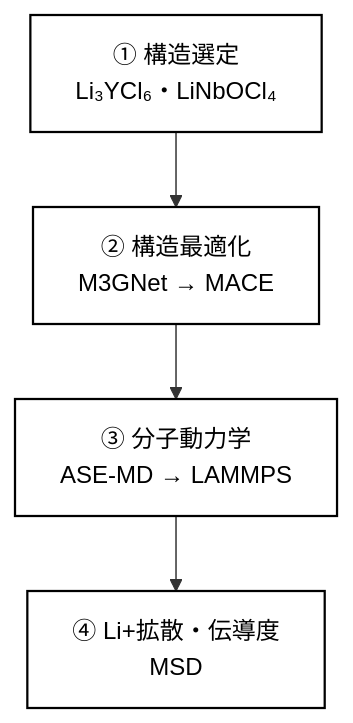
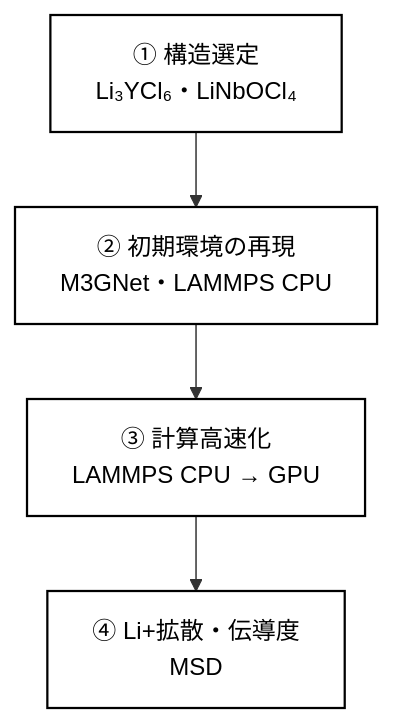
One commit to Long-Brian-Yang/li-research changed the diagram in docs/presentations/direction2_development_plan_ja.md. Above: the diagram before and after it, drawn with Mermaid. The commit also changed other lines of this file and 3 other files, not shown here.

Commit message:
Correct initial M3GNet CPU GPU benchmark narrative

````diff
--- a/docs/presentations/direction2_development_plan_ja.md
+++ b/docs/presentations/direction2_development_plan_ja.md
@@ -9,10 +9,10 @@
 ```mermaid
 flowchart TD
     A["① 構造選定<br/>Li₃YCl₆・LiNbOCl₄"]
-    --> B["② 構造最適化<br/>M3GNet → MACE"]
-    --> C["③ 分子動力学<br/>ASE-MD → LAMMPS"]
+    --> B["② 初期環境の再現<br/>M3GNet・LAMMPS CPU"]
+    --> C["③ 計算高速化<br/>LAMMPS CPU → GPU"]
     --> D["④ Li+拡散・伝導度<br/>MSD"]
 
     classDef step fill:#FFFFFF,stroke:#000000,stroke-width:1.5px,color:#000000;
     class A,B,C,D step;
 ```
````
